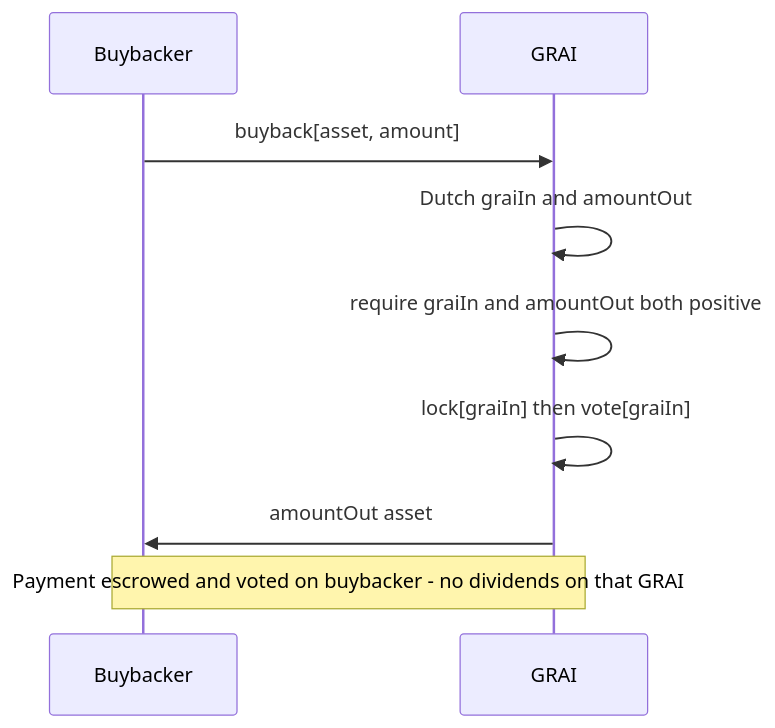
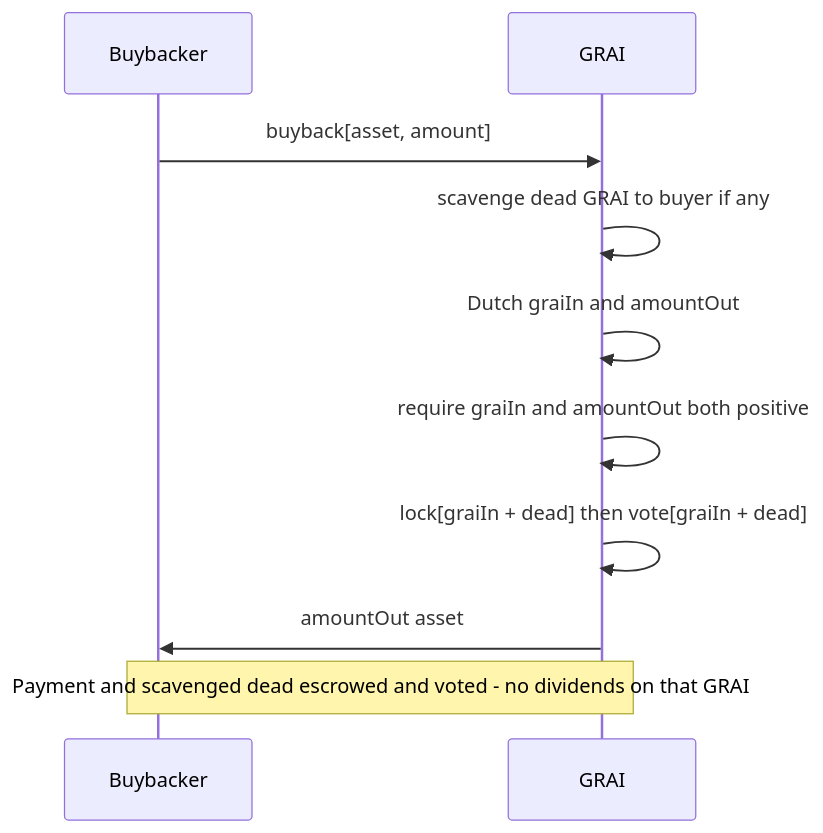
The fourth of 5 diagrams in docs/TOKENOMICS.md (grindurus/grindurus-evm), drawn with Mermaid before and after one commit. The commit also changed other lines of this file, not shown here.

````diff
--- a/docs/TOKENOMICS.md
+++ b/docs/TOKENOMICS.md
@@ -242,12 +263,13 @@
 ```mermaid
 sequenceDiagram
     participant B as Buybacker
     participant G as GRAI
 
     B->>G: buyback[asset, amount]
+    G->>G: scavenge dead GRAI to buyer if any
     G->>G: Dutch graiIn and amountOut
     G->>G: require graiIn and amountOut both positive
-    G->>G: lock[graiIn] then vote[graiIn]
+    G->>G: lock[graiIn + dead] then vote[graiIn + dead]
     G->>B: amountOut asset
-    Note over B,G: Payment escrowed and voted on buybacker - no dividends on that GRAI
+    Note over B,G: Payment and scavenged dead escrowed and voted - no dividends on that GRAI
 ```
````
